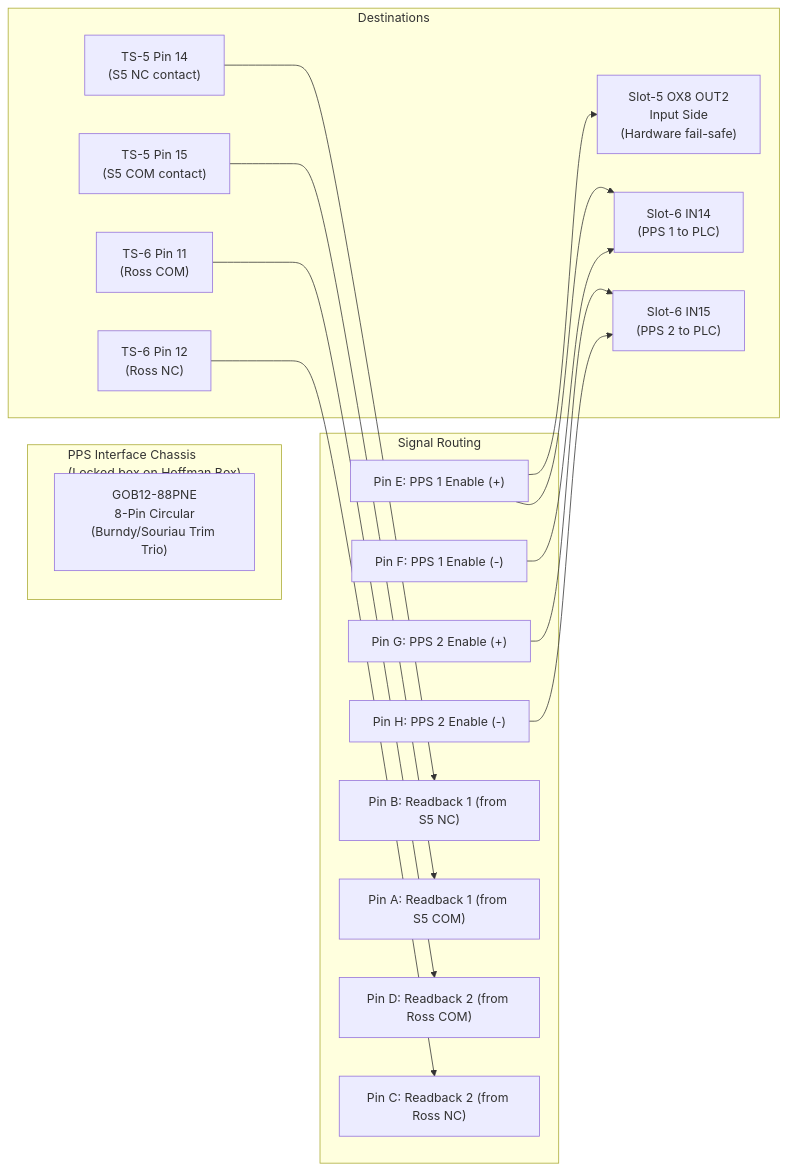
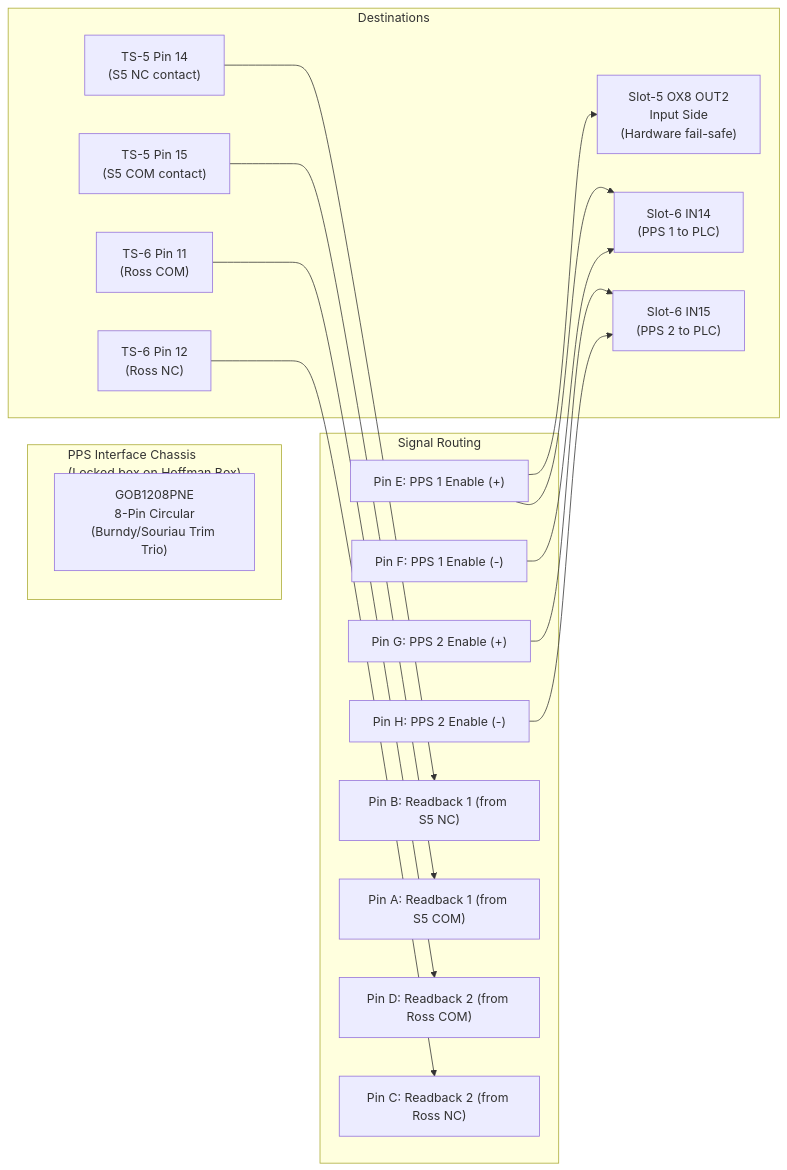
Before and after one commit to fayaw/spearlegacyLLRF: the second of 2 diagrams in pps/diagrams/04_wd7307900206_hoffman_box_wiring.md, drawn with Mermaid. The commit also changed other lines of this file and 141 other files, not shown here.

````diff
--- a/pps/diagrams/04_wd7307900206_hoffman_box_wiring.md
+++ b/pps/diagrams/04_wd7307900206_hoffman_box_wiring.md
@@ -279,37 +329,37 @@
 ```mermaid
 flowchart LR
     subgraph PPS_BOX["PPS Interface Chassis<br/>(Locked box on Hoffman Box)"]
-        GOB["GOB12-88PNE<br/>8-Pin Circular<br/>(Burndy/Souriau Trim Trio)"]
+        GOB["GOB1208PNE<br/>8-Pin Circular<br/>(Burndy/Souriau Trim Trio)"]
     end
 
     subgraph SIGNALS["Signal Routing"]
         PIN_E["Pin E: PPS 1 Enable (+)"]
         PIN_F["Pin F: PPS 1 Enable (-)"]
         PIN_G["Pin G: PPS 2 Enable (+)"]
         PIN_H["Pin H: PPS 2 Enable (-)"]
         PIN_A["Pin A: Readback 1 (from S5 COM)"]
         PIN_B["Pin B: Readback 1 (from S5 NC)"]
         PIN_C["Pin C: Readback 2 (from Ross NC)"]
         PIN_D["Pin D: Readback 2 (from Ross COM)"]
     end
 
     subgraph DEST["Destinations"]
         S6_IN14["Slot-6 IN14<br/>(PPS 1 to PLC)"]
         S6_IN15["Slot-6 IN15<br/>(PPS 2 to PLC)"]
         S5_OX8["Slot-5 OX8 OUT2<br/>Input Side<br/>(Hardware fail-safe)"]
         TS5_14["TS-5 Pin 14<br/>(S5 NC contact)"]
         TS5_15["TS-5 Pin 15<br/>(S5 COM contact)"]
         TS6_11["TS-6 Pin 11<br/>(Ross COM)"]
         TS6_12["TS-6 Pin 12<br/>(Ross NC)"]
     end
 
     PIN_E --> S6_IN14
     PIN_E --> S5_OX8
     PIN_F --> S6_IN14
     PIN_G --> S6_IN15
     PIN_H --> S6_IN15
     TS5_15 --> PIN_A
     TS5_14 --> PIN_B
     TS6_12 --> PIN_C
     TS6_11 --> PIN_D
 ```
````
